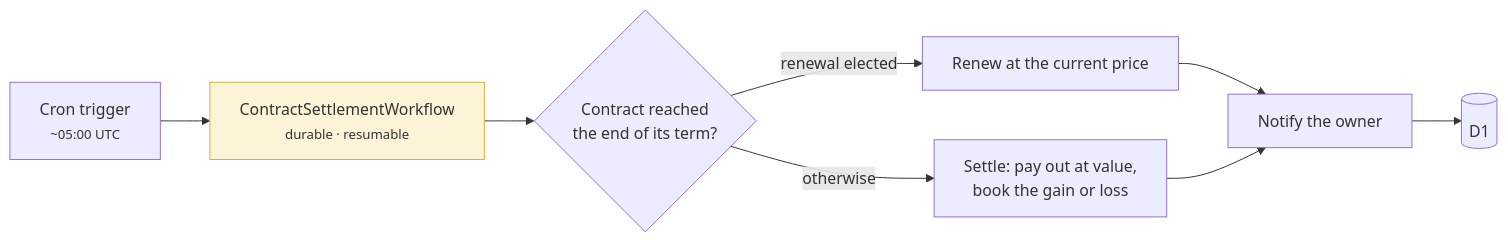
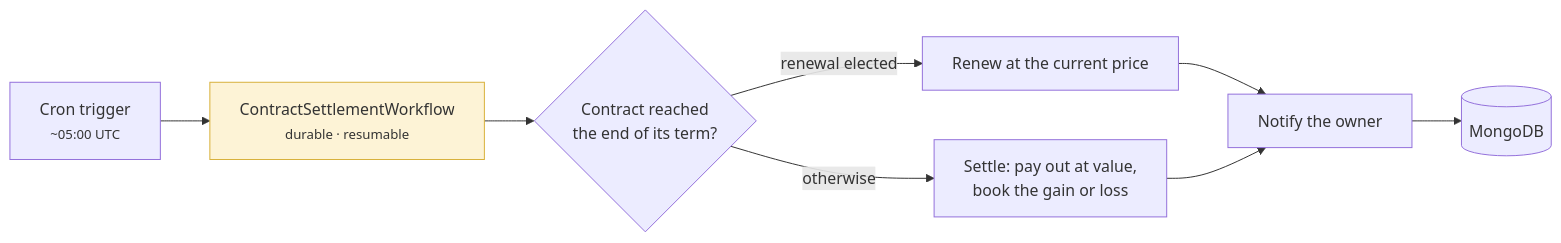
One commit to FantasyWiki/FantasyWiki changed the fifth of 6 diagrams in docs/site/pages/architecture/data-flow.md. Above: the diagram before and after it, drawn with Mermaid. The commit also changed other lines of this file and 48 other files, not shown here.

````diff
--- a/docs/site/pages/architecture/data-flow.md
+++ b/docs/site/pages/architecture/data-flow.md
@@ -189,13 +203,13 @@
 ```mermaid
 flowchart LR
   CRON["Cron trigger<br/><small>~05:00 UTC</small>"] --> WF["ContractSettlementWorkflow<br/><small>durable · resumable</small>"]
   WF --> Q{"Contract reached<br/>the end of its term?"}
   Q -->|"renewal elected"| REN["Renew at the current price"]
   Q -->|"otherwise"| SET["Settle: pay out at value,<br/>book the gain or loss"]
   REN --> N["Notify the owner"]
   SET --> N
-  N --> D1[("D1")]
+  N --> DB[("MongoDB")]
 
   classDef seam fill:#fdf3d6,stroke:#d8b03a;
   class WF seam;
 ```
````
